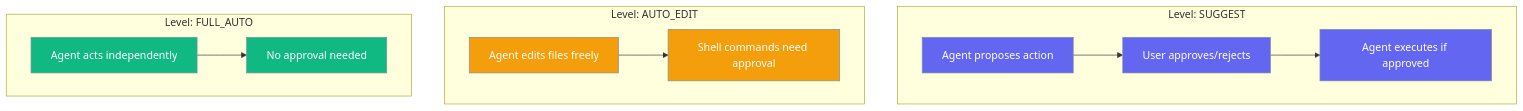
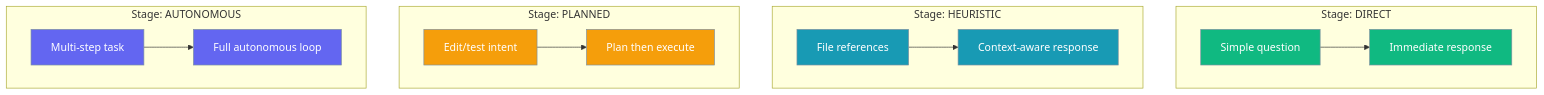
The second of 5 diagrams in docs/concepts/autonomy.mdx (MervinPraison/PraisonAIDocs), drawn with Mermaid before and after one commit. The commit also changed other lines of this file and 1 other file, not shown here.

````diff
--- a/docs/concepts/autonomy.mdx
+++ b/docs/concepts/autonomy.mdx
@@ -72,23 +73,28 @@
 ```mermaid
 graph TB
-    subgraph "Level: SUGGEST"
-        S1[Agent proposes action] --> S2[User approves/rejects]
-        S2 --> S3[Agent executes if approved]
+    subgraph "Stage: DIRECT"
+        D1[Simple question] --> D2[Immediate response]
     end
     
-    subgraph "Level: AUTO_EDIT"
-        A1[Agent edits files freely] --> A2[Shell commands need approval]
+    subgraph "Stage: HEURISTIC"
+        H1[File references] --> H2[Context-aware response]
     end
     
-    subgraph "Level: FULL_AUTO"
-        F1[Agent acts independently] --> F2[No approval needed]
+    subgraph "Stage: PLANNED"
+        P1[Edit/test intent] --> P2[Plan then execute]
     end
     
-    classDef suggest fill:#6366F1,stroke:#7C90A0,color:#fff
-    classDef auto fill:#F59E0B,stroke:#7C90A0,color:#fff
-    classDef full fill:#10B981,stroke:#7C90A0,color:#fff
+    subgraph "Stage: AUTONOMOUS"
+        A1[Multi-step task] --> A2[Full autonomous loop]
+    end
     
-    class S1,S2,S3 suggest
-    class A1,A2 auto
-    class F1,F2 full
+    classDef direct fill:#10B981,stroke:#7C90A0,color:#fff
+    classDef heuristic fill:#189AB4,stroke:#7C90A0,color:#fff
+    classDef planned fill:#F59E0B,stroke:#7C90A0,color:#fff
+    classDef autonomous fill:#6366F1,stroke:#7C90A0,color:#fff
+    
+    class D1,D2 direct
+    class H1,H2 heuristic
+    class P1,P2 planned
+    class A1,A2 autonomous
 ```
````
